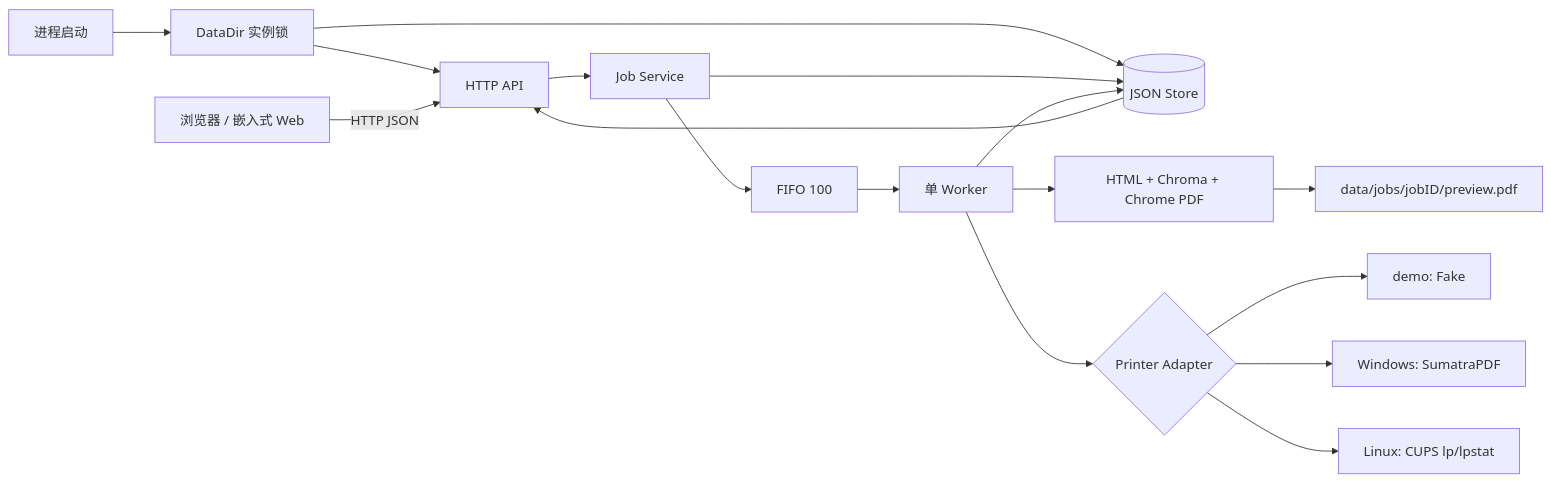
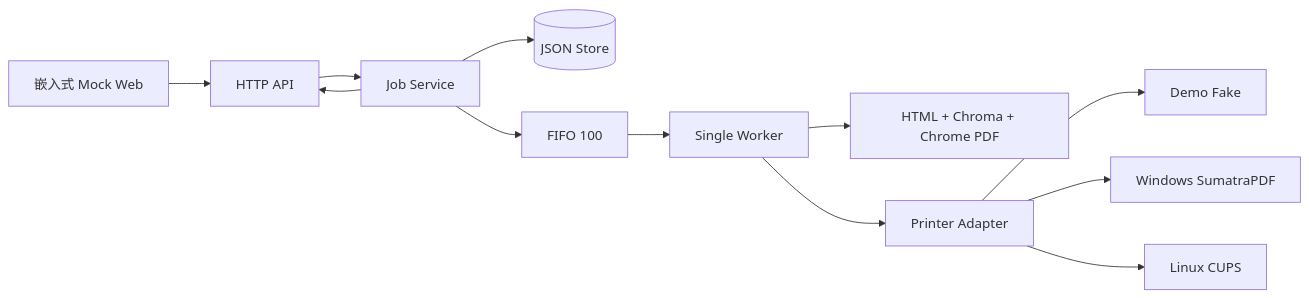
One commit to Zhengxin-Yu/local-print-agent changed the diagram in docs/reports/day-09-final.md. Above: the diagram before and after it, drawn with Mermaid. The commit also changed other lines of this file, not shown here.

````diff
--- a/docs/reports/day-09-final.md
+++ b/docs/reports/day-09-final.md
@@ -92,19 +42,14 @@
 ```mermaid
 flowchart LR
-    Startup[进程启动] --> Lock[DataDir 实例锁]
-    Lock --> API
-    Lock --> Store
-    Browser[浏览器 / 嵌入式 Web] -->|HTTP JSON| API[HTTP API]
+    Web[嵌入式 Mock Web] --> API[HTTP API]
     API --> Service[Job Service]
     Service --> Store[(JSON Store)]
     Service --> Queue[FIFO 100]
-    Queue --> Worker[单 Worker]
+    Queue --> Worker[Single Worker]
     Worker --> Render[HTML + Chroma + Chrome PDF]
-    Render --> Preview[data/jobs/jobID/preview.pdf]
-    Worker --> Adapter{Printer Adapter}
-    Adapter --> Demo[demo: Fake]
-    Adapter --> Win[Windows: SumatraPDF]
-    Adapter --> Linux[Linux: CUPS lp/lpstat]
-    Worker --> Store
-    Store --> API
+    Worker --> Adapter[Printer Adapter]
+    Adapter --> Fake[Demo Fake]
+    Adapter --> Win[Windows SumatraPDF]
+    Adapter --> Linux[Linux CUPS]
+    Service --> API
 ```
````
